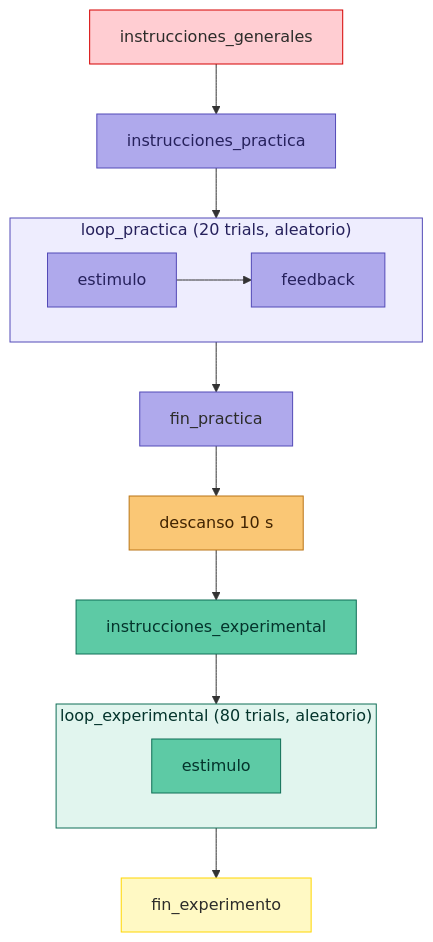
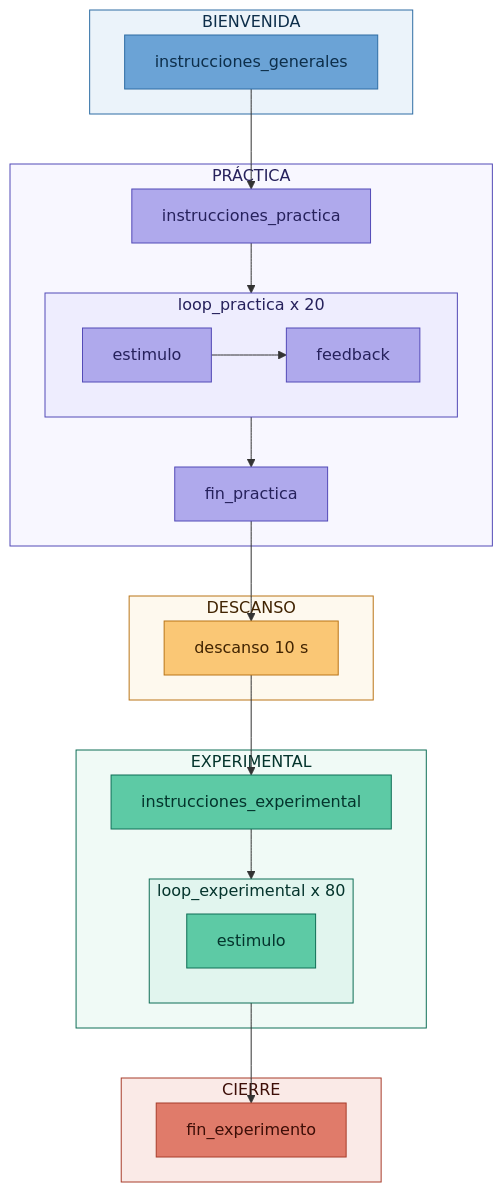
The diagram in readme.md (mlandaf/solucion_taller_4), drawn with Mermaid before and after one commit. The commit also changed 2 other files, not shown here.

Commit message:
cambios finales docs

````diff
--- a/readme.md
+++ b/readme.md
@@ -78,30 +78,49 @@
 ```mermaid
-flowchart TB
- subgraph LP["loop_practica  (20 trials, aleatorio)"]
-        P2["feedback"]
-        P1["estimulo"]
-  end
- subgraph LE["loop_experimental  (80 trials, aleatorio)"]
-        E1["estimulo"]
-  end
-    A["instrucciones_generales"] --> B["instrucciones_practica"]
-    B --> LP
-    P1 --> P2
-    LP --> C["fin_practica"]
-    C --> D["descanso 10 s"]
-    D --> E["instrucciones_experimental"]
-    E --> LE
-    LE --> F["fin_experimento"]
+flowchart TD
+    subgraph SB[BIENVENIDA]
+        A[instrucciones_generales]
+    end
+    subgraph SP[PRÁCTICA]
+        B[instrucciones_practica]
+        B --> LP
+        subgraph LP["loop_practica x 20"]
+            P1[estimulo] --> P2[feedback]
+        end
+        LP --> C[fin_practica]
+    end
+    subgraph SD[DESCANSO]
+        D[descanso 10 s]
+    end
+    subgraph SE[EXPERIMENTAL]
+        E[instrucciones_experimental]
+        E --> LE
+        subgraph LE["loop_experimental x 80"]
+            E1[estimulo]
+        end
+    end
+    subgraph SC[CIERRE]
+        F[fin_experimento]
+    end
 
-    style P2 fill:#AFA9EC,stroke:#534AB7,color:#26215C
-    style P1 fill:#AFA9EC,stroke:#534AB7,color:#26215C
-    style E1 fill:#5DCAA5,stroke:#0F6E56,color:#04342C
-    style A  fill:#D3D1C7,stroke:#D50000,color:#2C2C2A,fill:#FFCDD2
-    style B  fill:#AFA9EC,stroke:#534AB7,color:#26215C
-    style LP fill:#EEEDFE,stroke:#534AB7,color:#26215C
-    style C  fill:#D3D1C7,stroke:#534AB7,color:#2C2C2A,fill:#AFA9EC
-    style D  fill:#FAC775,stroke:#BA7517,color:#412402
-    style E  fill:#5DCAA5,stroke:#0F6E56,color:#04342C
-    style LE fill:#E1F5EE,stroke:#0F6E56,color:#04342C
-    style F  fill:#D3D1C7,stroke:#FFD600,color:#2C2C2A,fill:#FFF9C4
+    A --> B
+    C --> D
+    D --> E
+    LE --> F
+
+    style A    fill:#6BA3D6,stroke:#2E6DA4,color:#0D2E4A
+    style F    fill:#E07B6A,stroke:#A83D2B,color:#3D0E07
+    style D    fill:#FAC775,stroke:#BA7517,color:#412402
+    style B    fill:#AFA9EC,stroke:#534AB7,color:#26215C
+    style C    fill:#AFA9EC,stroke:#534AB7,color:#26215C
+    style P1   fill:#AFA9EC,stroke:#534AB7,color:#26215C
+    style P2   fill:#AFA9EC,stroke:#534AB7,color:#26215C
+    style LP   fill:#EEEDFE,stroke:#534AB7,color:#26215C
+    style E    fill:#5DCAA5,stroke:#0F6E56,color:#04342C
+    style E1   fill:#5DCAA5,stroke:#0F6E56,color:#04342C
+    style LE   fill:#E1F5EE,stroke:#0F6E56,color:#04342C
+    style SB   fill:#EBF3FA,stroke:#2E6DA4,color:#0D2E4A
+    style SP   fill:#F8F7FF,stroke:#534AB7,color:#26215C
+    style SD   fill:#FEF9EE,stroke:#BA7517,color:#412402
+    style SE   fill:#F0FAF6,stroke:#0F6E56,color:#04342C
+    style SC   fill:#FAEAE7,stroke:#A83D2B,color:#3D0E07
 ```
````
